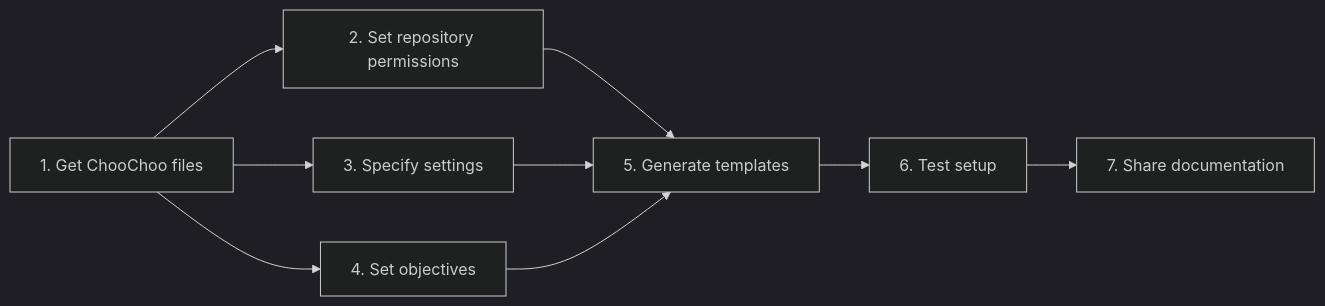
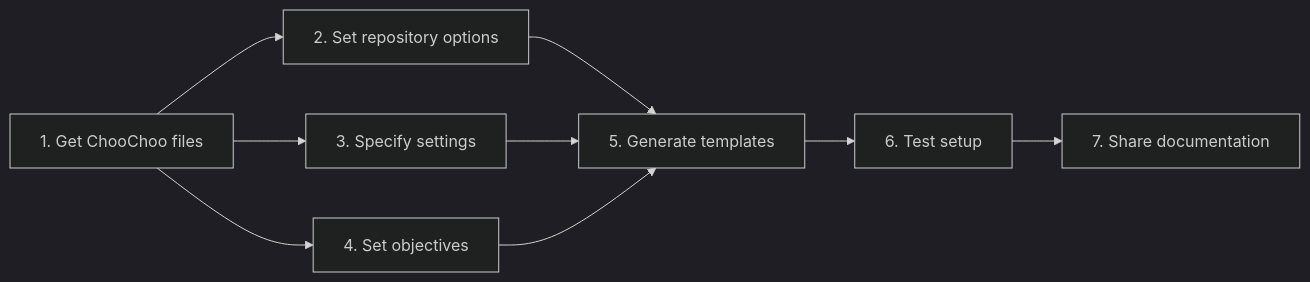
One commit to lucydot/ChooChoo changed the diagram in docs/instructors/setup.md. Above: the diagram before and after it, drawn with Mermaid (dark theme). The commit also changed other lines of this file, not shown here.

````diff
--- a/docs/instructors/setup.md
+++ b/docs/instructors/setup.md
@@ -8,11 +8,11 @@
 ``` mermaid
 graph LR
   A[1. Get ChooChoo files] --> B[4. Set objectives];
-  A --> D[2. Set repository permissions];
+  A --> D[2. Set repository options];
   A --> C[3. Specify settings];
   D --> E[5. Generate templates];
   C --> E;
   B --> E;
   E --> F[6. Test setup];
   F --> G[7. Share documentation];
 ```
````
